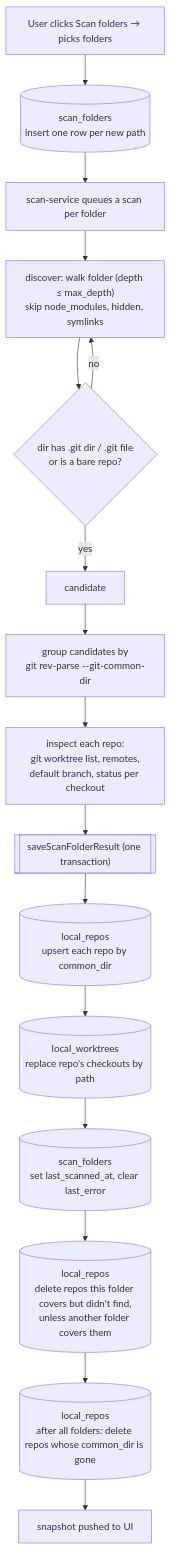
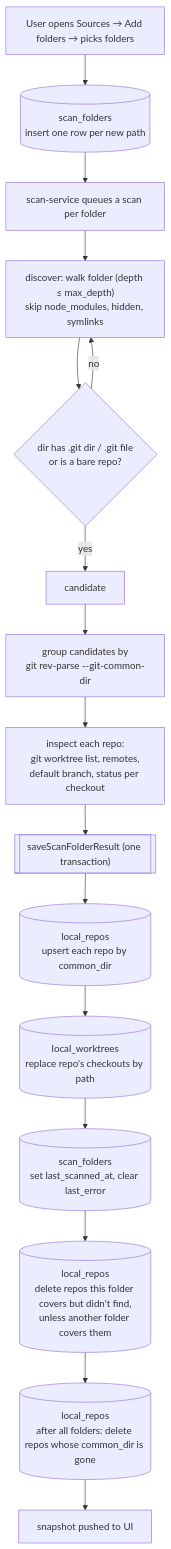
One commit to idotalmor/the-garage-desktop-rn changed the second of 3 diagrams in src/main/local-repos/db/tables/README.md. Above: the diagram before and after it, drawn with Mermaid. The commit also changed other lines of this file and 3 other files, not shown here.

Commit message:
Rename Scan folders UI to Sources

````diff
--- a/src/main/local-repos/db/tables/README.md
+++ b/src/main/local-repos/db/tables/README.md
@@ -85,18 +85,18 @@
 ```mermaid
 flowchart TD
-  A[User clicks Scan folders → picks folders] --> B[(scan_folders<br/>insert one row per new path)]
+  A[User opens Sources → Add folders → picks folders] --> B[(scan_folders<br/>insert one row per new path)]
   B --> C[scan-service queues a scan per folder]
   C --> D["discover: walk folder (depth ≤ max_depth)<br/>skip node_modules, hidden, symlinks"]
   D --> E{"dir has .git dir / .git file<br/>or is a bare repo?"}
   E -- no --> D
   E -- yes --> F[candidate]
   F --> G["group candidates by<br/>git rev-parse --git-common-dir"]
   G --> H["inspect each repo:<br/>git worktree list, remotes,<br/>default branch, status per checkout"]
   H --> I[["saveScanFolderResult (one transaction)"]]
   I --> I2[(local_repos<br/>upsert each repo by common_dir)]
   I2 --> I4[(local_worktrees<br/>replace repo's checkouts by path)]
   I4 --> I5[(scan_folders<br/>set last_scanned_at, clear last_error)]
   I5 --> I6[(local_repos<br/>delete repos this folder covers but didn't find,<br/>unless another folder covers them)]
   I6 --> I7[(local_repos<br/>after all folders: delete repos whose common_dir is gone)]
   I7 --> J[snapshot pushed to UI]
 ```
````
